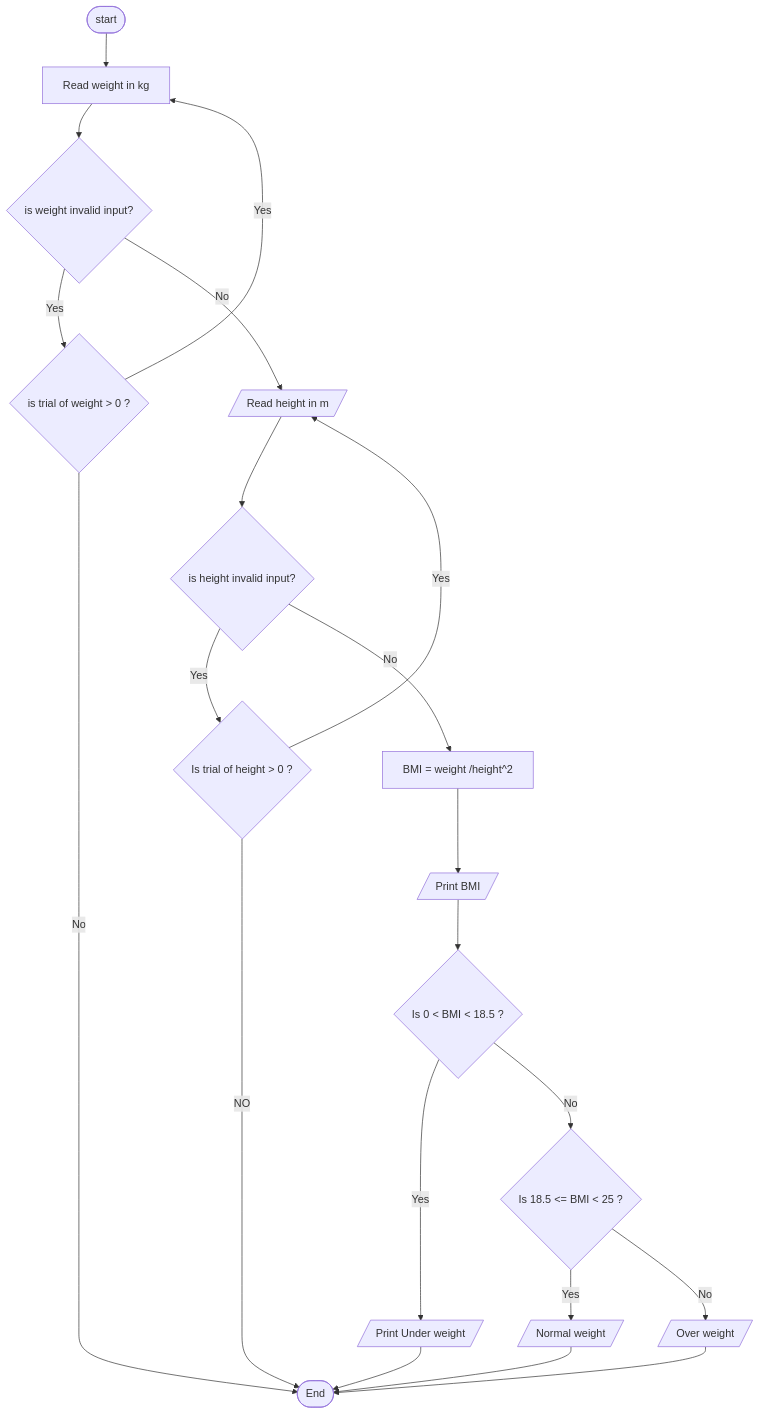
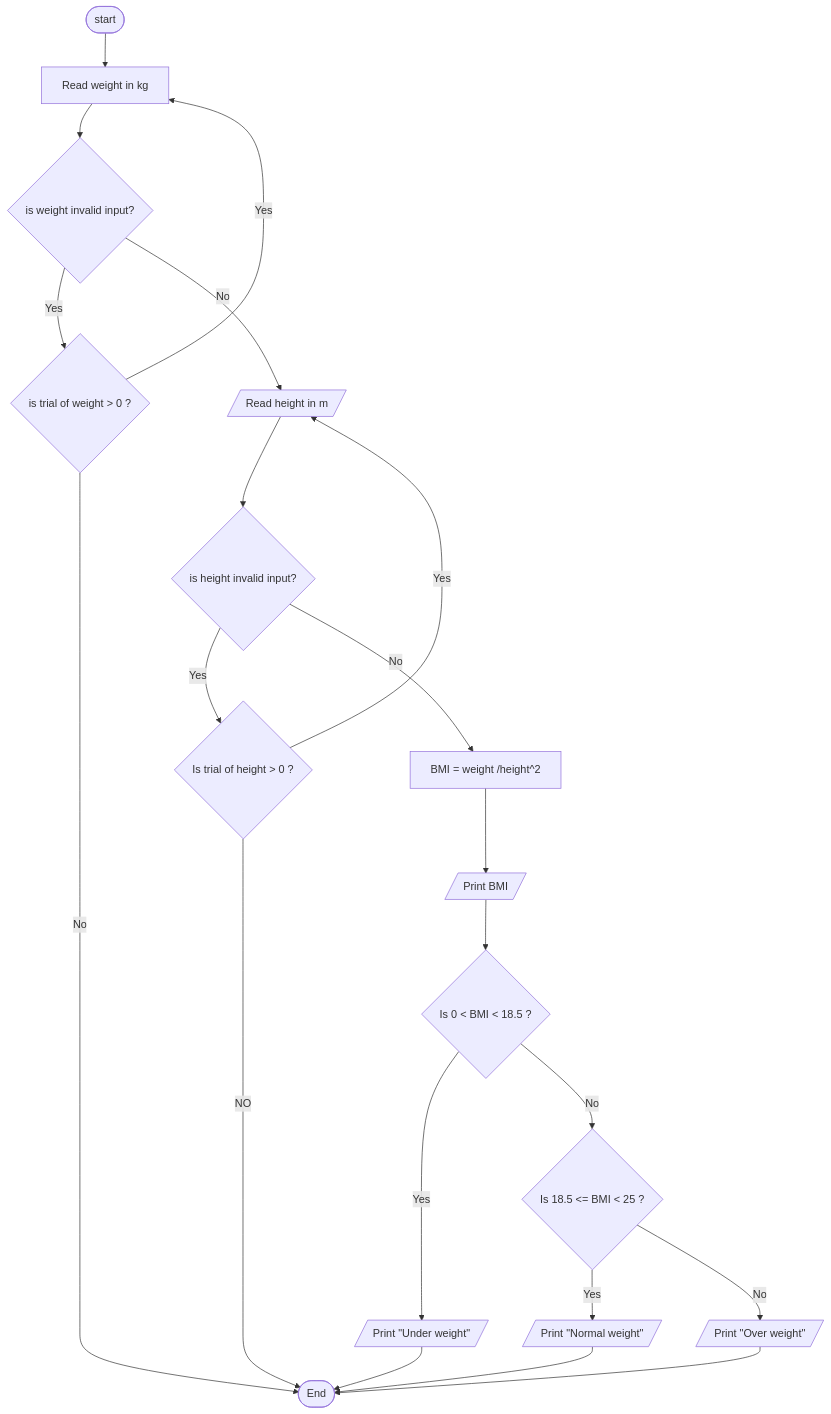
One commit to SWEG-2016EC-Batch/The-5-Bits changed the diagram in ETS1010-Mohammed-Moges/BMI.md. Above: the diagram before and after it, drawn with Mermaid.

````diff
--- a/ETS1010-Mohammed-Moges/BMI.md
+++ b/ETS1010-Mohammed-Moges/BMI.md
@@ -51,23 +51,23 @@
 ``` mermaid
 flowchart TD
     A([start]) --> B[Read weight in kg]
     B --> C{is weight invalid input?}
     C -->|Yes| D{is trial of weight > 0 ?}
     D -->|Yes| B
     D -->|No| N
     C -->|No| E[/Read height in m/]
     E --> F{is height invalid input?}
     F -->|Yes| G{Is trial of height > 0 ?}
     G -->|Yes| E
     G -->|NO| N
     F -->|No| P[BMI = weight /height^2]
     P --> H[/ Print BMI/]
     H --> I{Is 0 < BMI < 18.5 ?}
-    I -->|Yes| J[/ Print Under weight/]
+    I -->|Yes| J[/ Print "Under weight"/]
     I -->|No| K{Is 18.5 <= BMI < 25 ?}
-    K -->|Yes| L[/Normal weight/]
-    K -->|No| M[/Over weight/]
+    K -->|Yes| L[/Print "Normal weight"/]
+    K -->|No| M[/Print "Over weight"/]
     L --> N([End])
     J --> N
     M --> N
 ```
````
